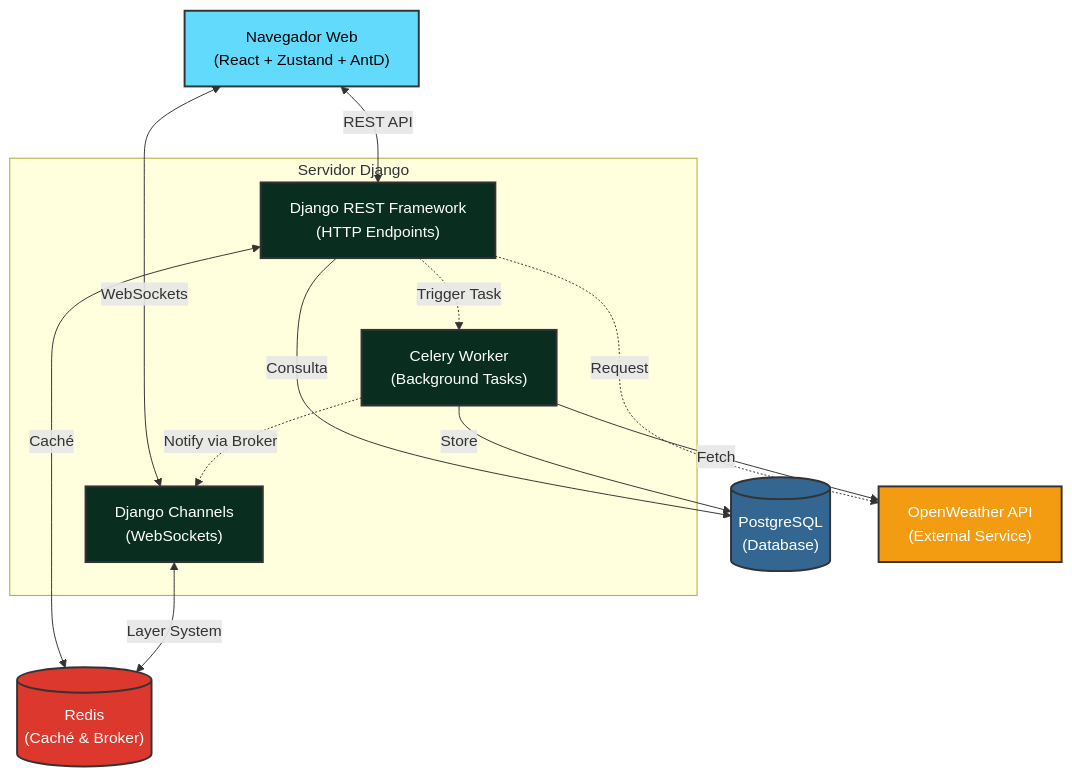
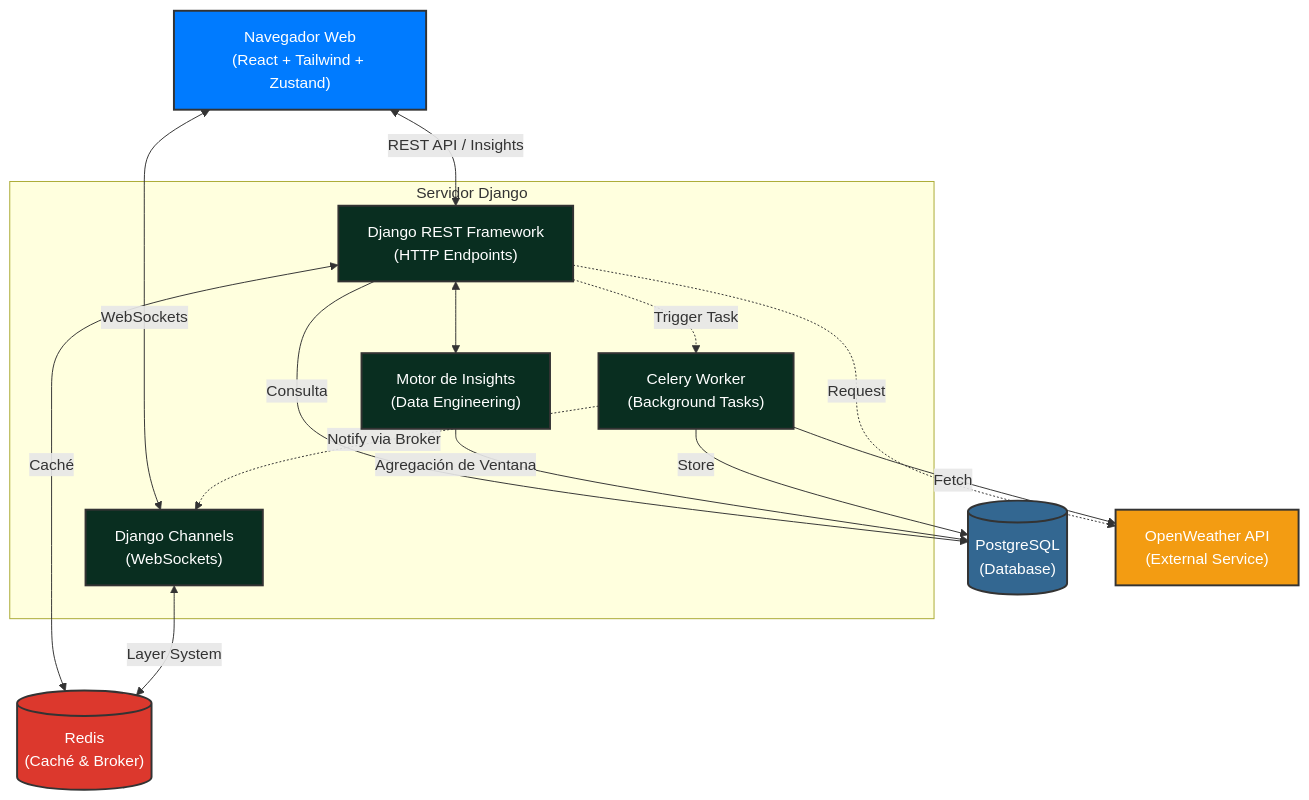
One commit to chrisoft94/enersinc-weather-dashboard changed the diagram in README.md. Above: the diagram before and after it, drawn with Mermaid. The commit also changed other lines of this file, not shown here.

Commit message:
docs: update comprehensive readme with new etrm features and architecture

````diff
--- a/README.md
+++ b/README.md
@@ -9,38 +9,41 @@
 ```mermaid
 flowchart TD
     %% Estilos mejorados
-    classDef frontend fill:#61dafb,stroke:#333,stroke-width:2px,color:#000
+    classDef frontend fill:#007BFF,stroke:#333,stroke-width:2px,color:#fff
     classDef backend fill:#092e20,stroke:#333,stroke-width:2px,color:#fff
     classDef db fill:#336791,stroke:#333,stroke-width:2px,color:#fff
     classDef cache fill:#dc382d,stroke:#333,stroke-width:2px,color:#fff
     classDef external fill:#f39c12,stroke:#333,stroke-width:2px,color:#fff
 
     %% Definición de Nodos
-    Client["Navegador Web<br/>(React + Zustand + AntD)"]:::frontend
+    Client["Navegador Web<br/>(React + Tailwind + Zustand)"]:::frontend
     
     subgraph Django_App [Servidor Django]
         DjangoAPI["Django REST Framework<br/>(HTTP Endpoints)"]:::backend
+        Insights["Motor de Insights<br/>(Data Engineering)"]:::backend
         Channels["Django Channels<br/>(WebSockets)"]:::backend
         Celery["Celery Worker<br/>(Background Tasks)"]:::backend
     end
 
     Redis[("Redis<br/>(Caché & Broker)")]:::cache
     PostgreSQL[("PostgreSQL<br/>(Database)")]:::db
     OpenWeather["OpenWeather API<br/>(External Service)"]:::external
 
     %% Flujos de Comunicación
-    Client <-->|REST API| DjangoAPI
+    Client <-->|REST API / Insights| DjangoAPI
+    DjangoAPI <--> Insights
     Client <-->|WebSockets| Channels
     
     %% Lógica Interna
     DjangoAPI -->|Consulta| PostgreSQL
+    Insights -->|Agregación de Ventana| PostgreSQL
     DjangoAPI <-->|Caché| Redis
     DjangoAPI -.->|Request| OpenWeather
     
     %% Conexiones de Mensajería y Workers
     Channels <-->|Layer System| Redis
     Celery -->|Fetch| OpenWeather
     Celery -->|Store| PostgreSQL
     Celery -.->|Notify via Broker| Channels
     DjangoAPI -.->|Trigger Task| Celery
 ```
````
